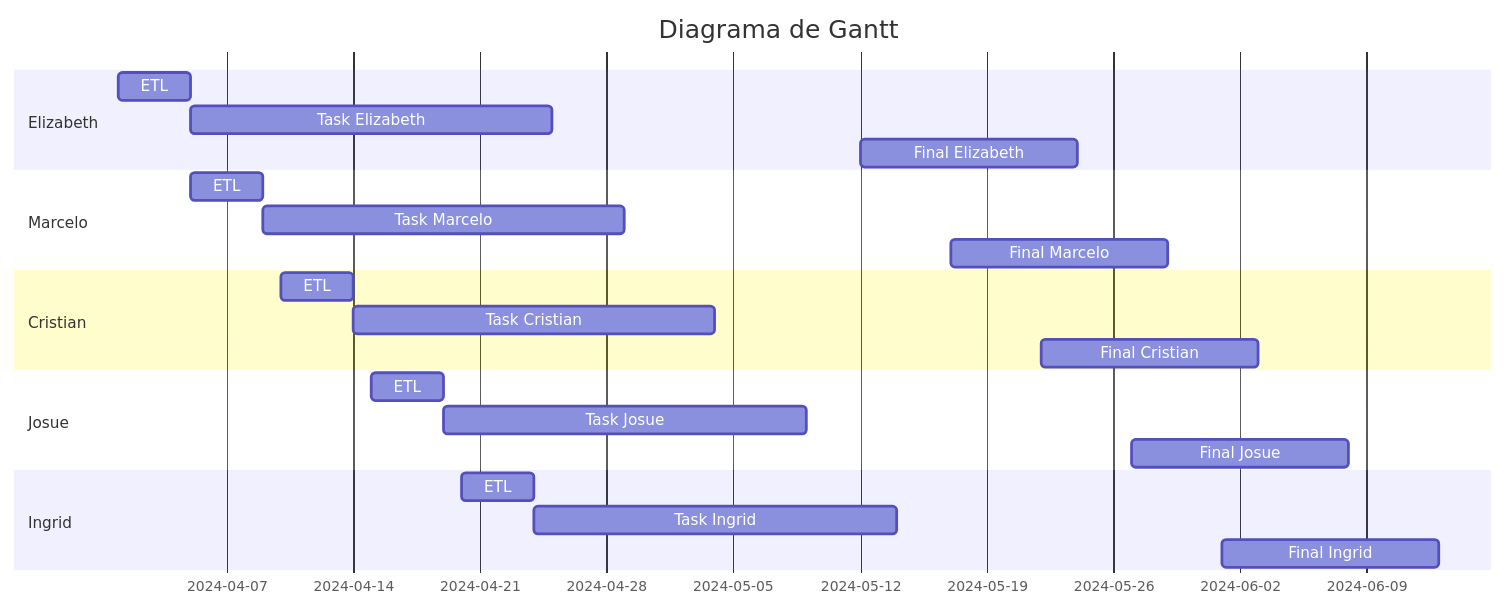
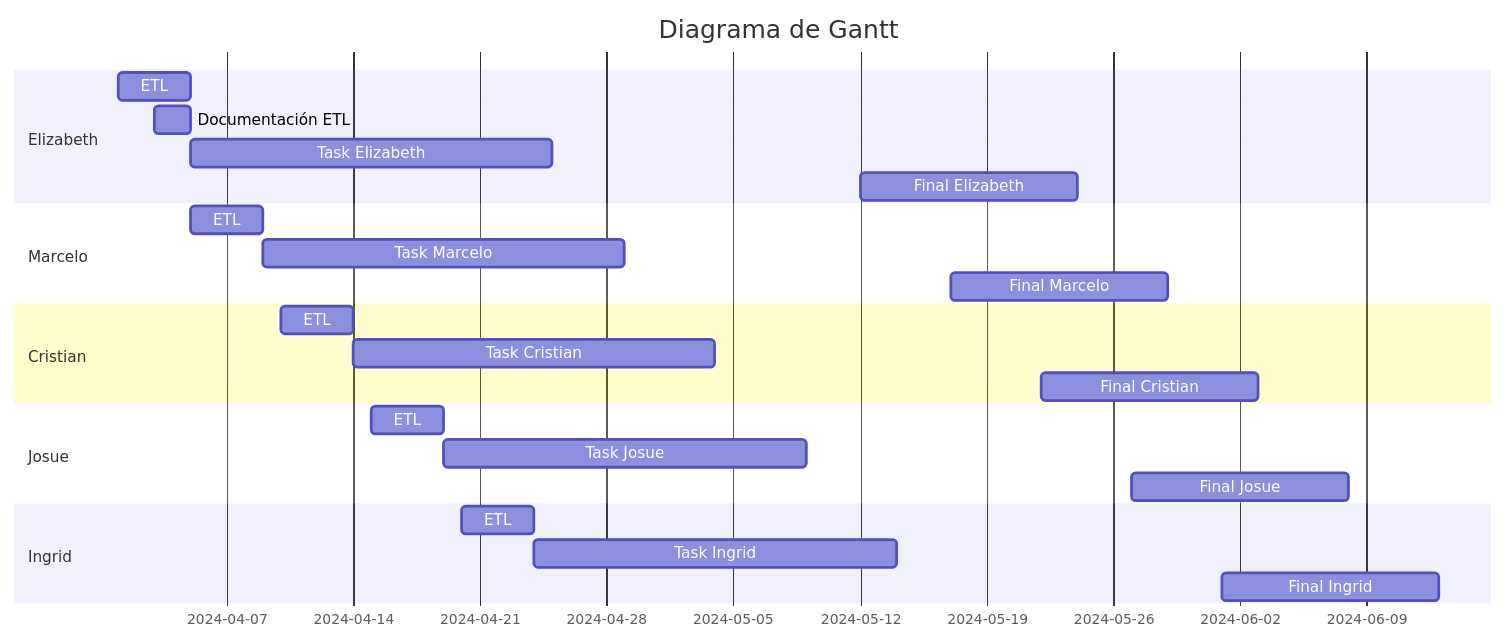
The diagram in README.md (Beth-94/testmermaid), drawn with Mermaid before and after one commit.

````diff
--- a/README.md
+++ b/README.md
@@ -8,31 +8,32 @@
 ```mermaid
 gantt
     title Diagrama de Gantt 
 
   section Elizabeth
-     ETL           :a1, 2024-04-01, 4d
+    ETL           :a1, 2024-04-01, 4d
+    Documentación ETL    :after a1, 2024-04-03, 2d
     Task Elizabeth    :after a1 + 2d, 20d
     Final Elizabeth    : 2024-05-12  , 12d
 
     section Marcelo
      ETL           :a2, 2024-04-05, 4d
     Task Marcelo    :after a2 + 2d, 20d
     Final Marcelo    : 2024-05-17  , 12d
 
     section Cristian
      ETL           :a3, 2024-04-10, 4d
     Task Cristian    :after a3 + 2d, 20d
     Final Cristian    : 2024-05-22  , 12d
 
     section Josue
      ETL           :a4, 2024-04-15, 4d
     Task Josue    :after a4 + 2d, 20d
     Final Josue    : 2024-05-27  , 12d
 
     section Ingrid
      ETL           :a5, 2024-04-20, 4d
     Task Ingrid    :after a5 + 2d, 20d
     Final Ingrid    : 2024-06-01  , 12d
 
 
 ```
````
